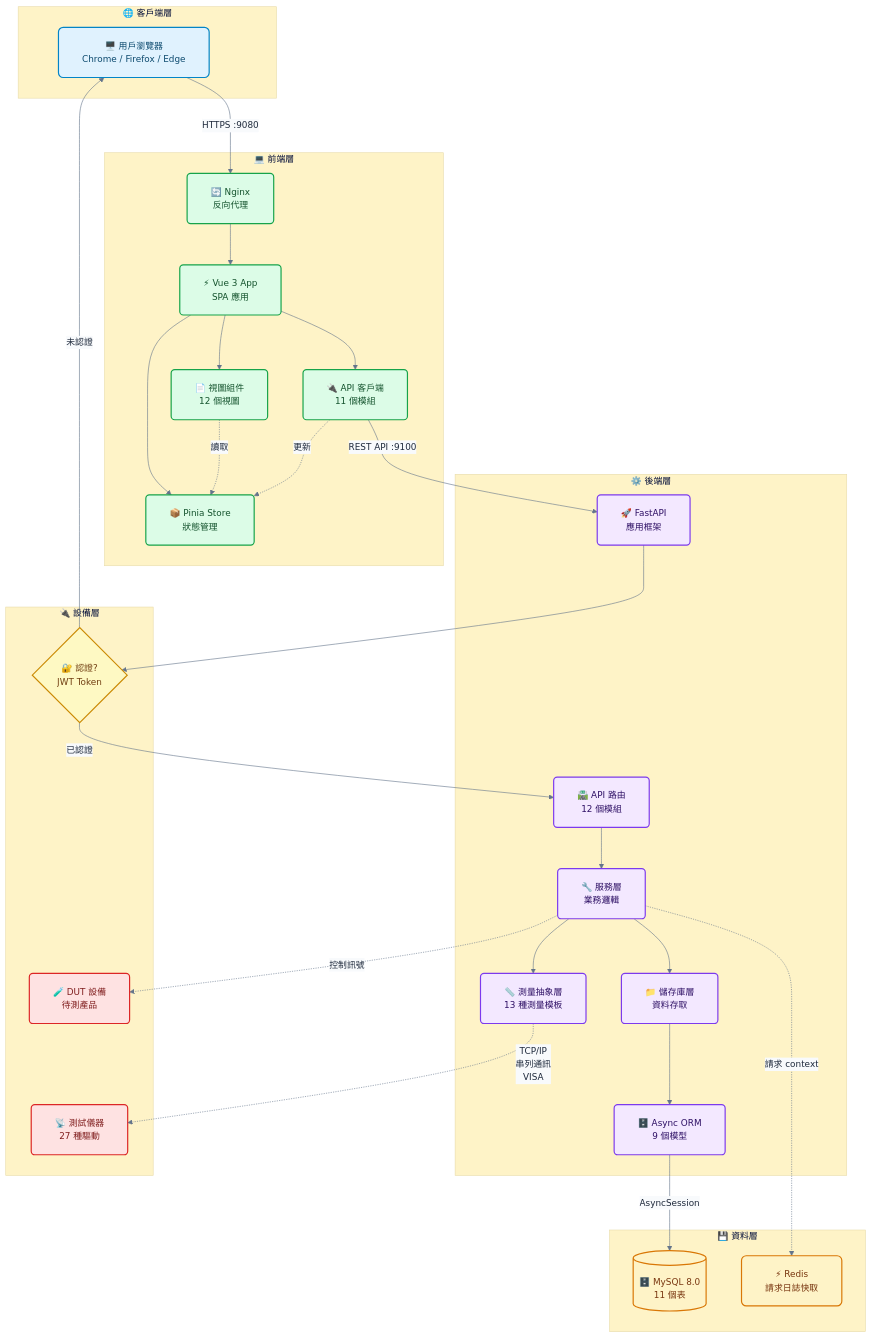
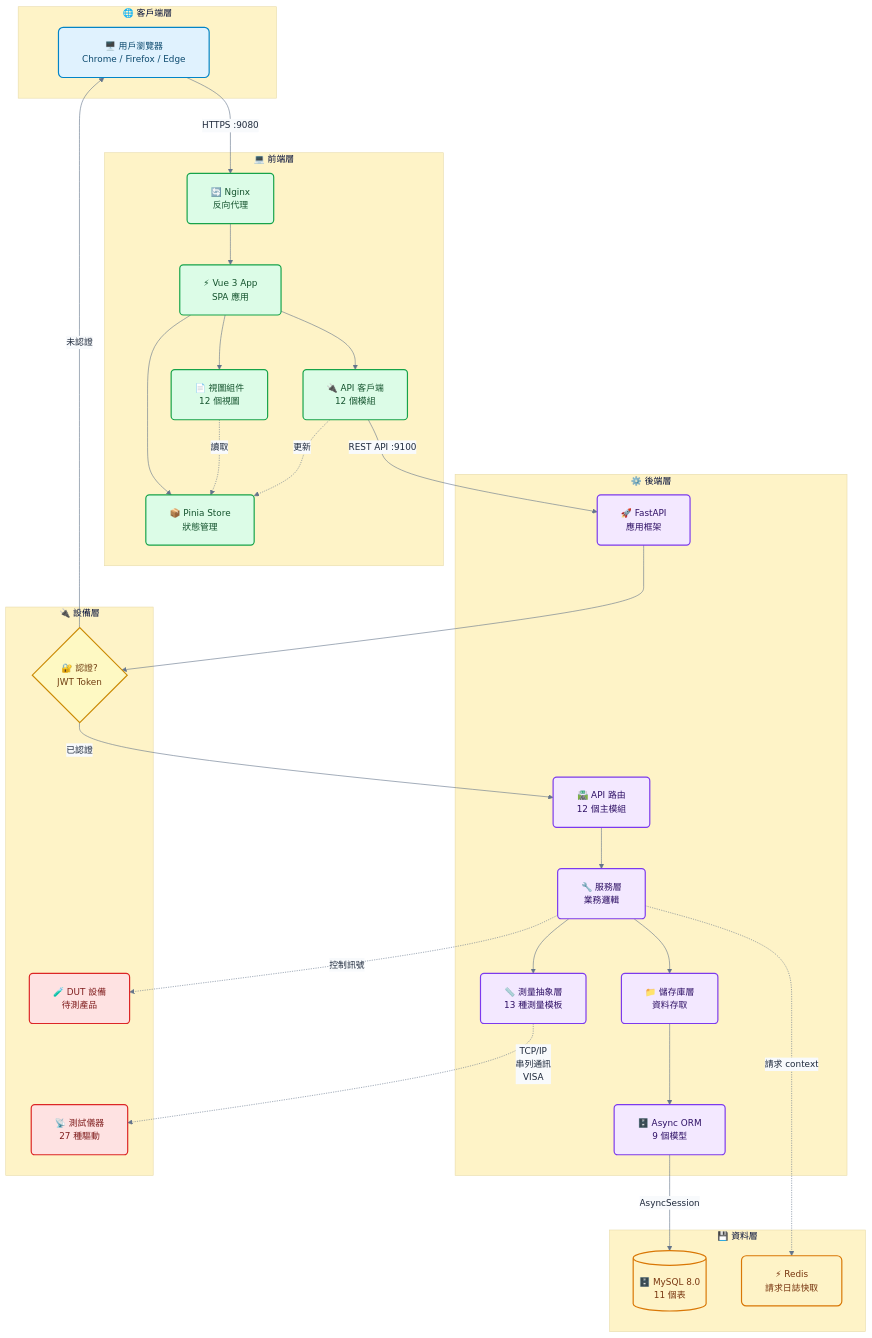
The diagram in README.md (sprigga/WebPDTool), drawn with Mermaid before and after one commit. The commit also changed other lines of this file and 72 other files, not shown here.

````diff
--- a/README.md
+++ b/README.md
@@ -121,73 +123,73 @@
 ```mermaid
 %%{init: {"theme":"base","themeVariables":{"fontFamily":"Segoe UI, Microsoft YaHei, PingFang TC, Arial, sans-serif","fontSize":"15px","primaryTextColor":"#1e293b","lineColor":"#64748b","edgeLabelBackground":"#f8fafc","primaryColor":"#eff6ff","secondaryColor":"#f0fdf4","tertiaryColor":"#fef3c7","background":"#ffffff"},"flowchart":{"useMaxWidth":true,"nodeSpacing":60,"rankSpacing":70,"curve":"basis","padding":20}}}%%
 flowchart TB
     subgraph Client_Layer["🌐 客戶端層"]
         Client["🖥️ 用戶瀏覽器<br/>Chrome / Firefox / Edge"]
     end
 
     subgraph Frontend_Layer["💻 前端層"]
         FE_Nginx["🔄 Nginx<br/>反向代理"]
         FE_App["⚡ Vue 3 App<br/>SPA 應用"]
         FE_View["📄 視圖組件<br/>12 個視圖"]
-        FE_API["🔌 API 客戶端<br/>11 個模組"]
+        FE_API["🔌 API 客戶端<br/>12 個模組"]
         FE_Store["📦 Pinia Store<br/>狀態管理"]
     end
 
     subgraph Backend_Layer["⚙️ 後端層"]
         BE_Fast["🚀 FastAPI<br/>應用框架"]
-        BE_API["🛣️ API 路由<br/>12 個模組"]
+        BE_API["🛣️ API 路由<br/>12 個主模組"]
         BE_SVC["🔧 服務層<br/>業務邏輯"]
         BE_MEAS["📏 測量抽象層<br/>13 種測量模板"]
         BE_REPO["📁 儲存庫層<br/>資料存取"]
         BE_MODEL["🗄️ Async ORM<br/>9 個模型"]
     end
 
     subgraph Data_Layer["💾 資料層"]
         DB[("🗄️ MySQL 8.0<br/>11 個表")]
         Cache["⚡ Redis<br/>請求日誌快取"]
     end
 
     subgraph Device_Layer["🔌 設備層"]
         Auth_Decision{"🔐 認證?<br/>JWT Token"}
         EXT["📡 測試儀器<br/>27 種驅動"]
         DUT["🧪 DUT 設備<br/>待測產品"]
     end
 
     Client -->|HTTPS :9080| FE_Nginx
     FE_Nginx --> FE_App
     FE_App --> FE_View
     FE_App --> FE_API
     FE_App --> FE_Store
     FE_View -.->|讀取| FE_Store
     FE_API -.->|更新| FE_Store
 
     FE_API -->|REST API :9100| BE_Fast
     BE_Fast --> Auth_Decision
     Auth_Decision -->|已認證| BE_API
     Auth_Decision -->|未認證| Client
 
     BE_API --> BE_SVC
     BE_SVC --> BE_MEAS
     BE_SVC --> BE_REPO
     BE_REPO --> BE_MODEL
 
     BE_MODEL -->|AsyncSession| DB
     BE_SVC -.->|請求 context| Cache
 
     BE_MEAS -.->|TCP/IP<br/>串列通訊<br/>VISA| EXT
     BE_SVC -.->|控制訊號| DUT
 
     classDef clientStyle fill:#e0f2fe,stroke:#0284c7,stroke-width:2px,color:#0c4a6e,rx:8,ry:8;
     classDef frontendStyle fill:#dcfce7,stroke:#16a34a,stroke-width:2px,color:#14532d,rx:6,ry:6;
     classDef backendStyle fill:#f3e8ff,stroke:#7c3aed,stroke-width:2px,color:#2e1065,rx:6,ry:6;
     classDef dataStyle fill:#fef3c7,stroke:#d97706,stroke-width:2px,color:#78350f,rx:8,ry:8;
     classDef deviceStyle fill:#fee2e2,stroke:#dc2626,stroke-width:2px,color:#7f1d1d,rx:6,ry:6;
     classDef decisionStyle fill:#fef9c3,stroke:#ca8a04,stroke-width:2px,color:#713f12,rx:0,ry:0;
 
     class Client clientStyle;
     class FE_Nginx,FE_App,FE_View,FE_API,FE_Store frontendStyle;
     class BE_Fast,BE_API,BE_SVC,BE_MEAS,BE_REPO,BE_MODEL backendStyle;
     class DB,Cache dataStyle;
     class EXT,DUT deviceStyle;
     class Auth_Decision decisionStyle;
 ```
````
